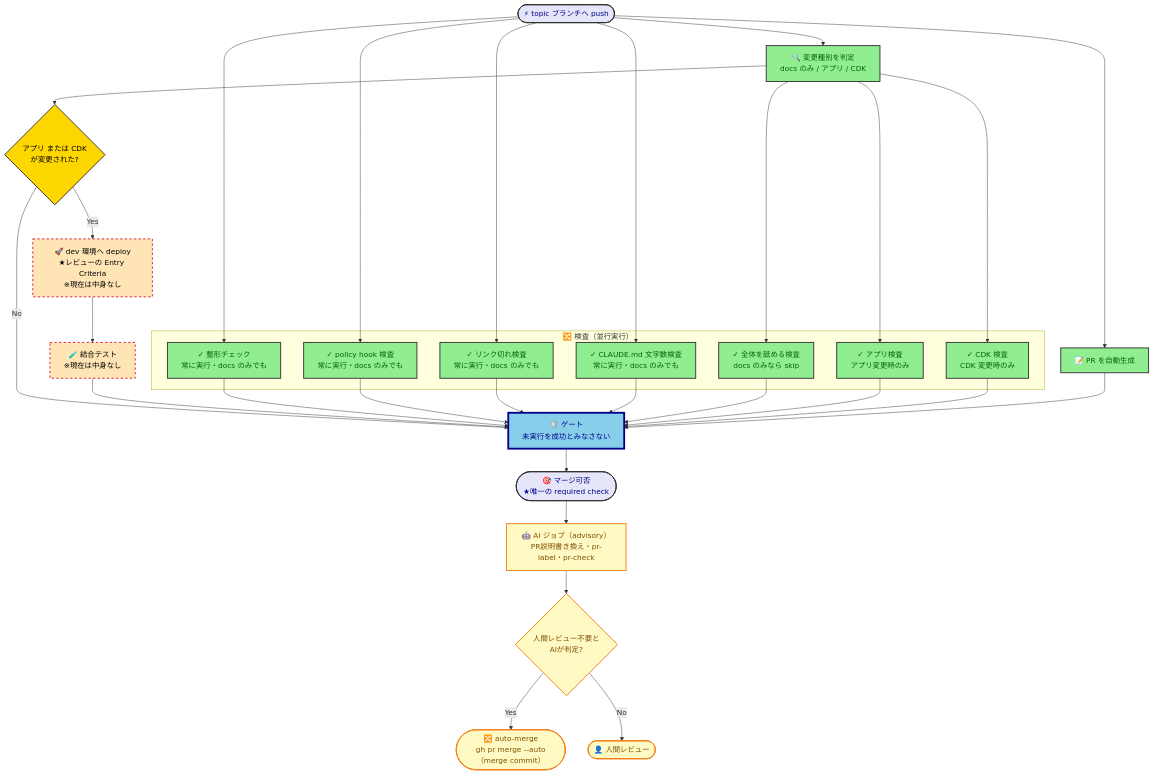
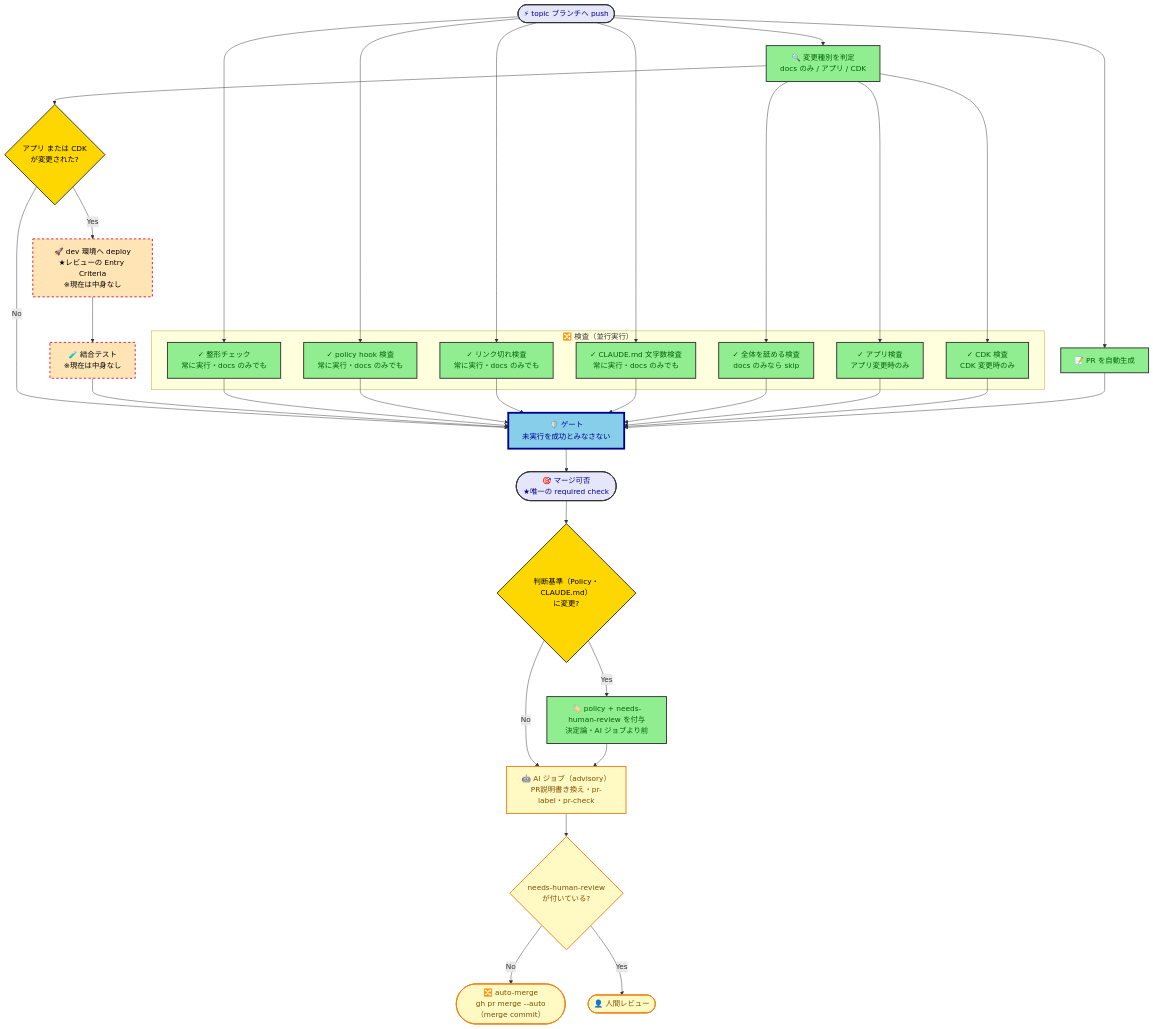
One commit to kasiopeiya/claude-dev-template changed the diagram in docs/design/cicd-design.md. Above: the diagram before and after it, drawn with Mermaid. The commit also changed other lines of this file and 3 other files, not shown here.

````diff
--- a/docs/design/cicd-design.md
+++ b/docs/design/cicd-design.md
@@ -22,63 +22,69 @@
 ```mermaid
 flowchart TD
     Push([⚡ topic ブランチへ push]) --> PR[📝 PR を自動生成]
     Push --> Detect[🔍 変更種別を判定<br/>docs のみ / アプリ / CDK]
     Push --> Format
     Push --> PolicyHook
     Push --> LinkCheck
     Push --> ClaudeMdSize
 
     subgraph Checks["🔀 検査（並行実行）"]
         Format[✓ 整形チェック<br/>常に実行・docs のみでも]
         PolicyHook[✓ policy hook 検査<br/>常に実行・docs のみでも]
         LinkCheck[✓ リンク切れ検査<br/>常に実行・docs のみでも]
         ClaudeMdSize[✓ CLAUDE.md 文字数検査<br/>常に実行・docs のみでも]
         Common[✓ 全体を舐める検査<br/>docs のみなら skip]
         App[✓ アプリ検査<br/>アプリ変更時のみ]
         Cdk[✓ CDK 検査<br/>CDK 変更時のみ]
     end
 
     Detect --> Common
     Detect --> App
     Detect --> Cdk
 
     Detect --> DeployCheck{アプリ または CDK<br/>が変更された?}
     Deploy["🚀 dev 環境へ deploy<br/>★レビューの Entry Criteria<br/>※現在は中身なし"]
     IT["🧪 結合テスト<br/>※現在は中身なし"]
     Gate["🛡️ ゲート<br/>未実行を成功とみなさない"]
 
     DeployCheck -->|No| Gate
     DeployCheck -->|Yes| Deploy
     Deploy --> IT
     IT --> Gate
 
     Format --> Gate
     PolicyHook --> Gate
     LinkCheck --> Gate
     ClaudeMdSize --> Gate
     Common --> Gate
     App --> Gate
     Cdk --> Gate
     PR --> Gate
 
     Gate --> Merge([🎯 マージ可否<br/>★唯一の required check])
 
-    Merge --> AiJob["🤖 AI ジョブ（advisory）<br/>PR説明書き換え・pr-label・pr-check"]
-    AiJob --> AutoMergeCheck{人間レビュー不要と<br/>AIが判定?}
-    AutoMergeCheck -->|Yes| AutoMerge(["🔀 auto-merge<br/>gh pr merge --auto（merge commit）"])
-    AutoMergeCheck -->|No| HumanReview(["👤 人間レビュー"])
+    Merge --> PolicyCheck{判断基準（Policy・CLAUDE.md）<br/>に変更?}
+    PolicyCheck -->|Yes| PolicyLabel["🏷️ policy + needs-human-review を付与<br/>決定論・AI ジョブより前"]
+    PolicyCheck -->|No| AiJob
+    PolicyLabel --> AiJob
+
+    AiJob["🤖 AI ジョブ（advisory）<br/>PR説明書き換え・pr-label・pr-check"]
+    AiJob --> AutoMergeCheck{needs-human-review<br/>が付いている?}
+    AutoMergeCheck -->|No| AutoMerge(["🔀 auto-merge<br/>gh pr merge --auto（merge commit）"])
+    AutoMergeCheck -->|Yes| HumanReview(["👤 人間レビュー"])
 
     classDef startEnd fill:#E6E6FA,stroke:#333,stroke-width:2px,color:darkblue
     classDef process fill:#90EE90,stroke:#333,stroke-width:2px,color:darkgreen
     classDef decision fill:#FFD700,stroke:#333,stroke-width:2px,color:black
     classDef gate fill:#87CEEB,stroke:#00008B,stroke-width:4px,color:darkblue
     classDef hollow fill:#FFE4B5,stroke:#DC143C,stroke-width:2px,stroke-dasharray: 5 5,color:black
     classDef advisory fill:#FFF9C4,stroke:#F57F17,stroke-width:2px,color:#7f4f00
 
     class Push,Merge startEnd
-    class PR,Detect,Format,PolicyHook,LinkCheck,ClaudeMdSize,Common,App,Cdk process
+    class PR,Detect,Format,PolicyHook,LinkCheck,ClaudeMdSize,Common,App,Cdk,PolicyLabel process
+    class PolicyCheck decision
     class DeployCheck decision
     class Deploy,IT hollow
     class Gate gate
     class AiJob,AutoMergeCheck,AutoMerge,HumanReview advisory
 ```
````
